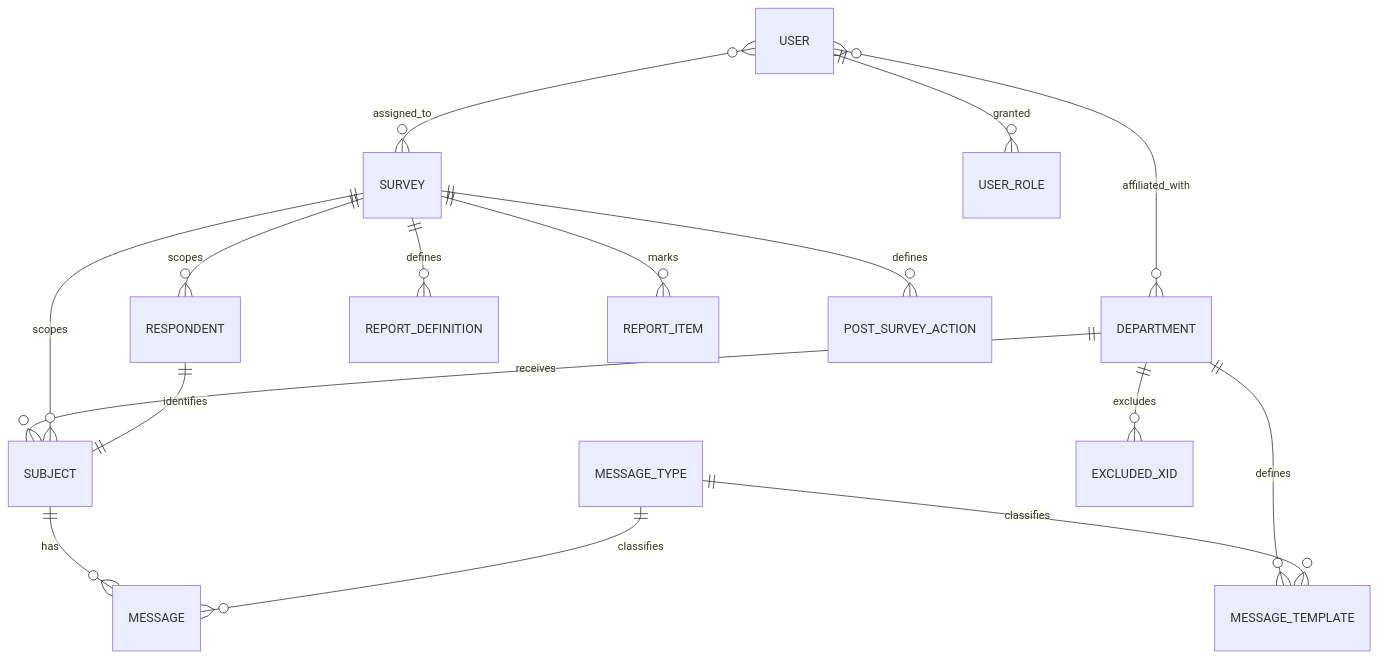
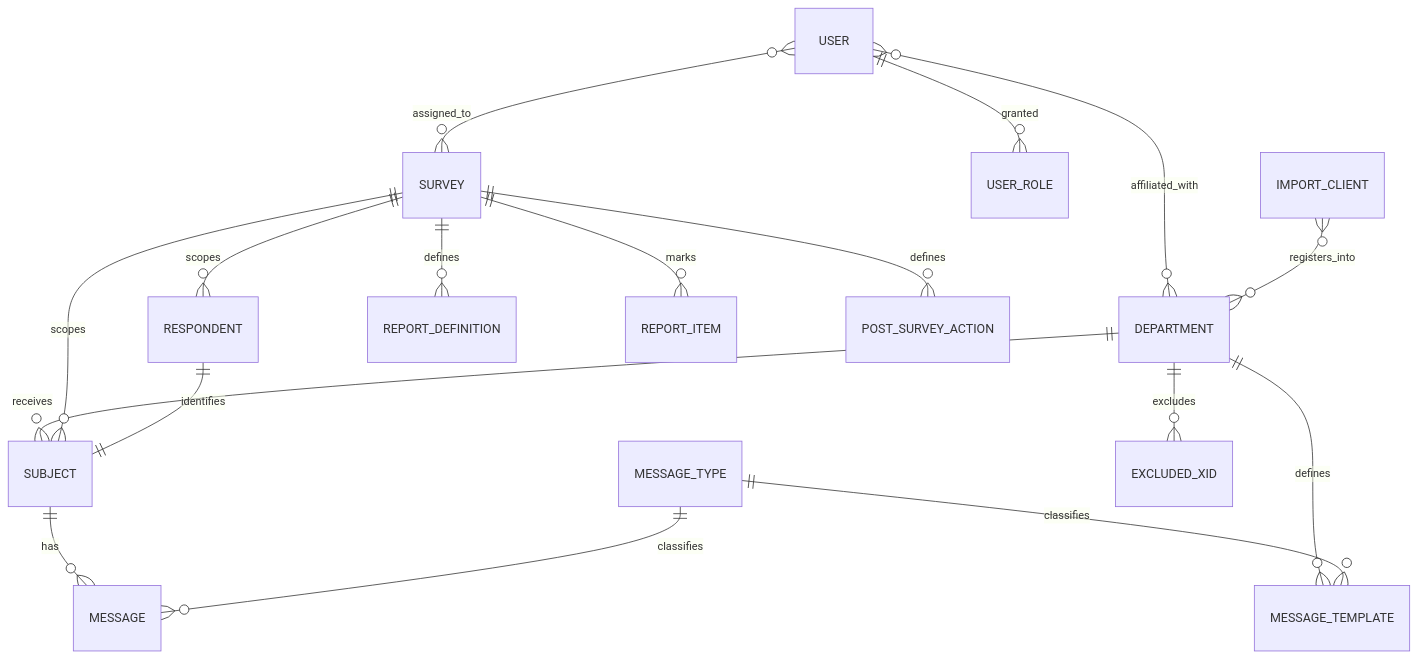
Before and after one commit to ElicitSoftware/Admin: the diagram in docs/entity_model.md, drawn with Mermaid. The commit also changed other lines of this file and 8 other files, not shown here.

````diff
--- a/docs/entity_model.md
+++ b/docs/entity_model.md
@@ -22,23 +22,24 @@
 ```mermaid
 erDiagram
     DEPARTMENT ||--o{ SUBJECT : receives
     SURVEY ||--o{ SUBJECT : scopes
     RESPONDENT ||--|| SUBJECT : identifies
     SURVEY ||--o{ RESPONDENT : scopes
 
     SUBJECT ||--o{ MESSAGE : has
     MESSAGE_TYPE ||--o{ MESSAGE : classifies
 
     DEPARTMENT ||--o{ MESSAGE_TEMPLATE : defines
     MESSAGE_TYPE ||--o{ MESSAGE_TEMPLATE : classifies
 
     SURVEY ||--o{ REPORT_DEFINITION : defines
     SURVEY ||--o{ REPORT_ITEM : marks
     SURVEY ||--o{ POST_SURVEY_ACTION : defines
 
     DEPARTMENT ||--o{ EXCLUDED_XID : excludes
 
     USER ||--o{ USER_ROLE : granted
     USER }o--o{ DEPARTMENT : affiliated_with
     USER }o--o{ SURVEY : assigned_to
+    IMPORT_CLIENT }o--o{ DEPARTMENT : registers_into
 ```
````
